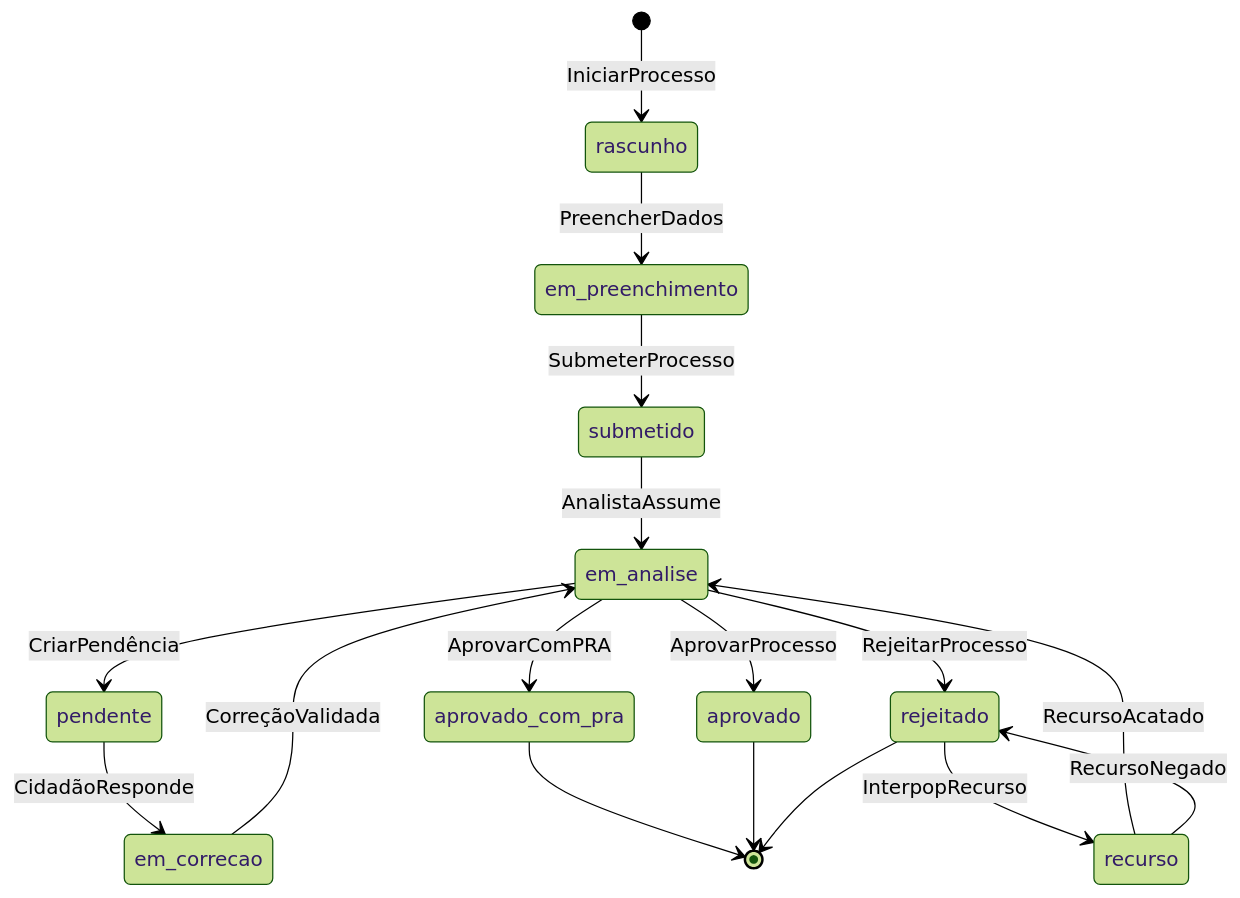
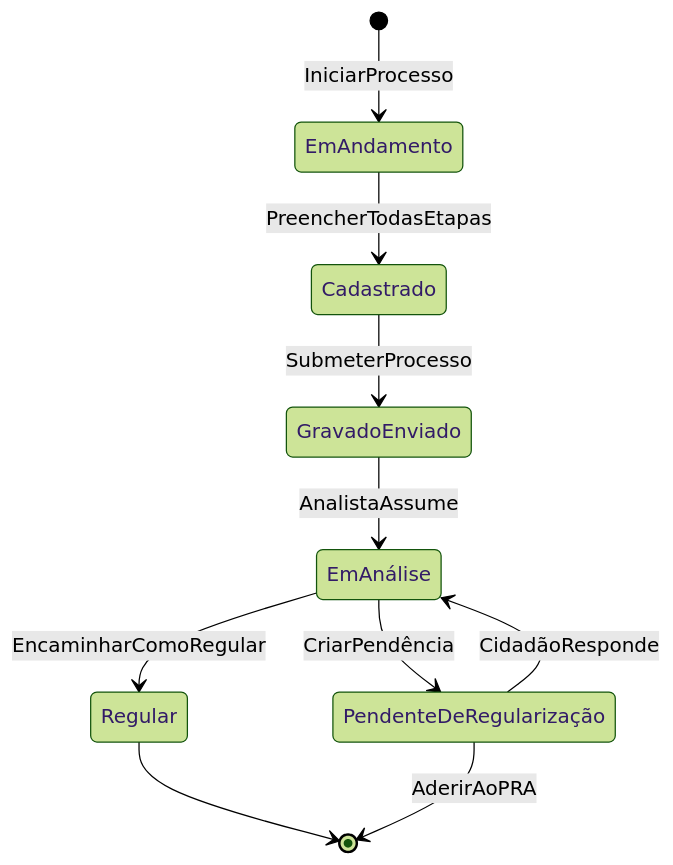
One commit to gresas/carla-cadastro-rural changed the diagram in website/docs/dominio/event-storming.md. Above: the diagram before and after it, drawn with Mermaid (forest theme). The commit also changed other lines of this file and 32 other files, not shown here.

````diff
--- a/website/docs/dominio/event-storming.md
+++ b/website/docs/dominio/event-storming.md
@@ -44,19 +42,12 @@
 ```mermaid
 stateDiagram-v2
-    [*] --> rascunho: IniciarProcesso
-    rascunho --> em_preenchimento: PreencherDados
-    em_preenchimento --> submetido: SubmeterProcesso
-    submetido --> em_analise: AnalistaAssume
-    em_analise --> pendente: CriarPendência
-    pendente --> em_correcao: CidadãoResponde
-    em_correcao --> em_analise: CorreçãoValidada
-    em_analise --> aprovado: AprovarProcesso
-    em_analise --> aprovado_com_pra: AprovarComPRA
-    aprovado_com_pra --> [*]
-    em_analise --> rejeitado: RejeitarProcesso
-    rejeitado --> recurso: InterpорRecurso
-    recurso --> em_analise: RecursoAcatado
-    recurso --> rejeitado: RecursoNegado
-    aprovado --> [*]
-    rejeitado --> [*]
+    [*] --> EmAndamento: IniciarProcesso
+    EmAndamento --> Cadastrado: PreencherTodasEtapas
+    Cadastrado --> GravadoEnviado: SubmeterProcesso
+    GravadoEnviado --> EmAnálise: AnalistaAssume
+    EmAnálise --> PendenteDeRegularização: CriarPendência
+    PendenteDeRegularização --> EmAnálise: CidadãoResponde
+    EmAnálise --> Regular: EncaminharComoRegular
+    Regular --> [*]
+    PendenteDeRegularização --> [*]: AderirAoPRA
 ```
````
